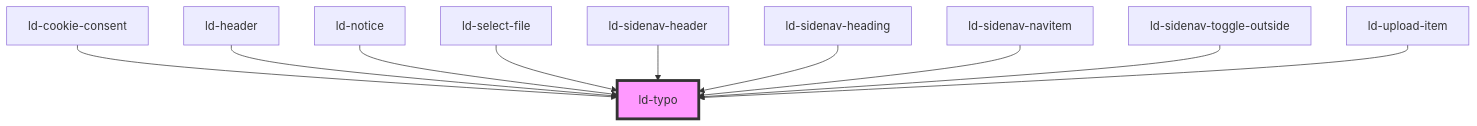
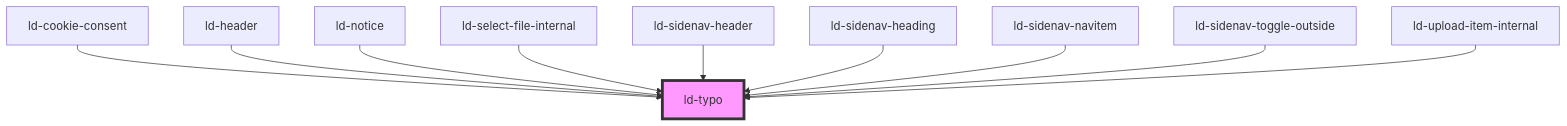
The diagram in src/liquid/components/ld-typo/readme.md (emdgroup-liquid/liquid), drawn with Mermaid before and after one commit. The commit also changed other lines of this file and 27 other files, not shown here.

Commit message:
fix(ld-file-upload): make sure internal components are internal

````diff
--- a/src/liquid/components/ld-typo/readme.md
+++ b/src/liquid/components/ld-typo/readme.md
@@ -598,13 +598,13 @@
 ```mermaid
 graph TD;
   ld-cookie-consent --> ld-typo
   ld-header --> ld-typo
   ld-notice --> ld-typo
-  ld-select-file --> ld-typo
+  ld-select-file-internal --> ld-typo
   ld-sidenav-header --> ld-typo
   ld-sidenav-heading --> ld-typo
   ld-sidenav-navitem --> ld-typo
   ld-sidenav-toggle-outside --> ld-typo
-  ld-upload-item --> ld-typo
+  ld-upload-item-internal --> ld-typo
   style ld-typo fill:#f9f,stroke:#333,stroke-width:4px
 ```
````
